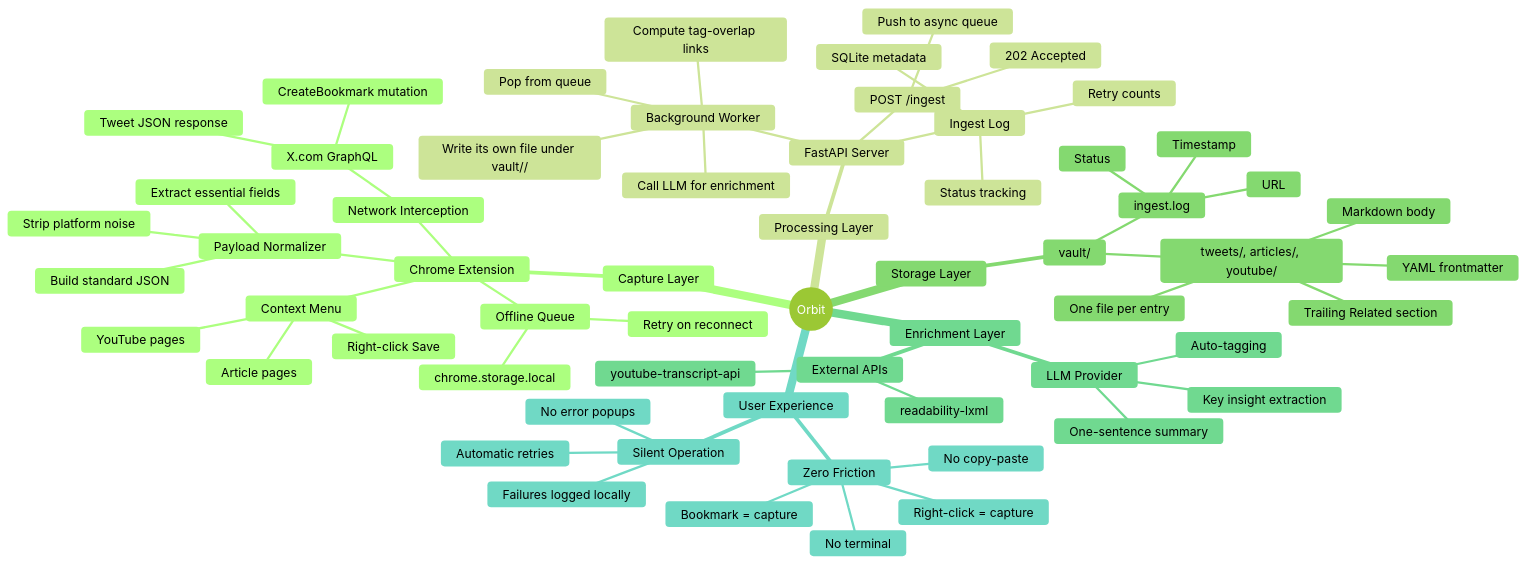
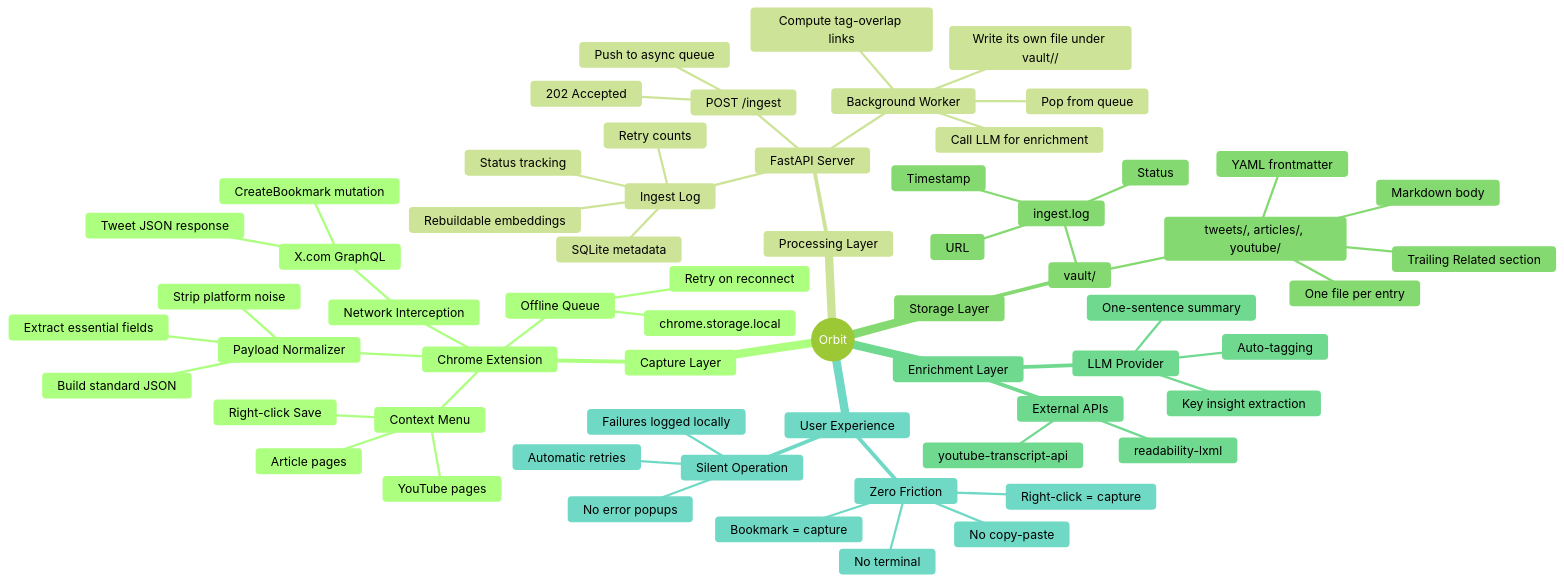
One commit to NishthaNabya/FootNotes changed the diagram in ORBIT-PROTOCOL.md. Above: the diagram before and after it, drawn with Mermaid (forest theme). The commit also changed other lines of this file and 47 other files, not shown here.

````diff
--- a/ORBIT-PROTOCOL.md
+++ b/ORBIT-PROTOCOL.md
@@ -194,64 +230,65 @@
 ```mermaid
 mindmap
   root((Orbit))
     Capture Layer
       Chrome Extension
         Network Interception
           X.com GraphQL
             CreateBookmark mutation
             Tweet JSON response
         Context Menu
           Right-click Save
           YouTube pages
           Article pages
         Payload Normalizer
           Extract essential fields
           Strip platform noise
           Build standard JSON
         Offline Queue
           chrome.storage.local
           Retry on reconnect
     Processing Layer
       FastAPI Server
         POST /ingest
           202 Accepted
           Push to async queue
         Background Worker
           Pop from queue
           Call LLM for enrichment
           Compute tag-overlap links
           Write its own file under vault/<type>/
         Ingest Log
           SQLite metadata
+          Rebuildable embeddings
           Status tracking
           Retry counts
     Storage Layer
       vault/
         tweets/, articles/, youtube/
           One file per entry
           YAML frontmatter
           Markdown body
           Trailing Related section
         ingest.log
           Timestamp
           URL
           Status
     Enrichment Layer
       LLM Provider
         Auto-tagging
         One-sentence summary
         Key insight extraction
       External APIs
         youtube-transcript-api
         readability-lxml
     User Experience
       Zero Friction
         Bookmark = capture
         Right-click = capture
         No terminal
         No copy-paste
       Silent Operation
         Failures logged locally
         Automatic retries
         No error popups
 ```
````
